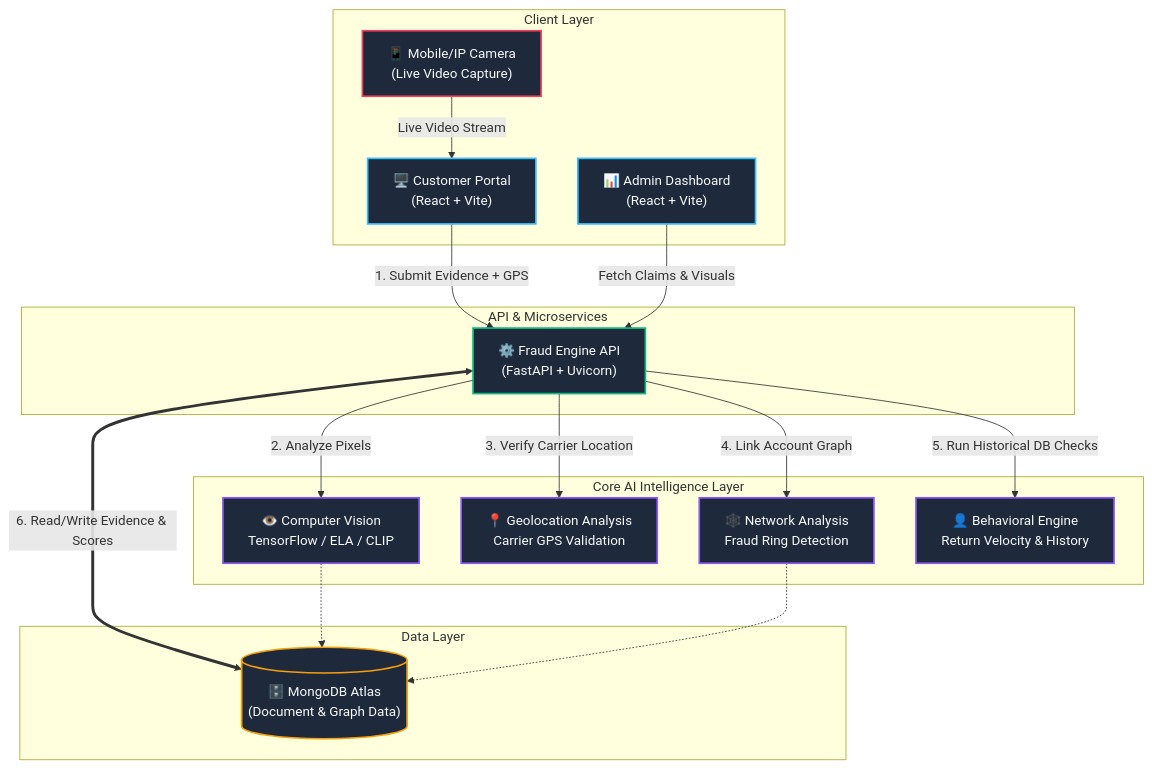
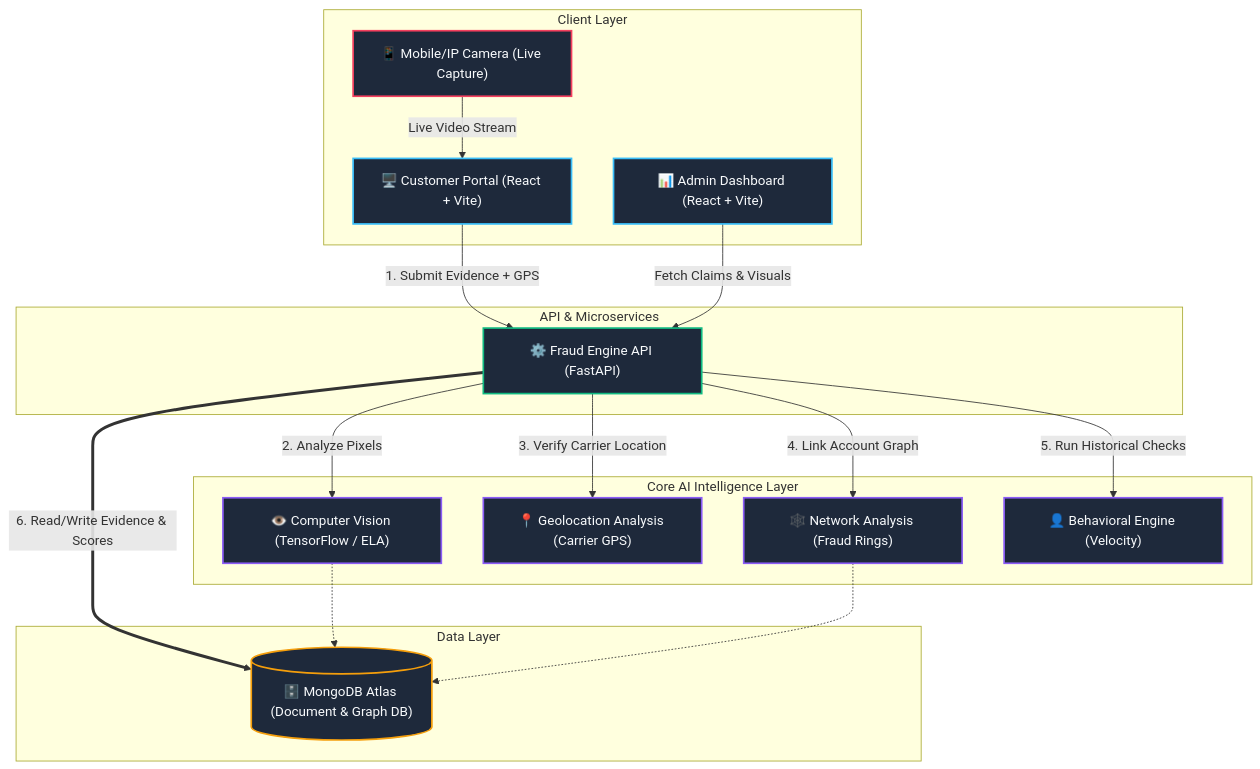
Before and after one commit to Gurumurthys1/hackhustle: the diagram in README.md, drawn with Mermaid.

Commit message:
fix: correct mermaid diagram syntax for github rendering

````diff
--- a/README.md
+++ b/README.md
@@ -13,48 +13,42 @@
 ```mermaid
 graph TD
-    %% Styling
     classDef frontend fill:#1E293B,stroke:#38BDF8,stroke-width:2px,color:#F8FAFC
     classDef backend fill:#1E293B,stroke:#10B981,stroke-width:2px,color:#F8FAFC
     classDef db fill:#1E293B,stroke:#F59E0B,stroke-width:2px,color:#F8FAFC
     classDef ai fill:#1E293B,stroke:#8B5CF6,stroke-width:2px,color:#F8FAFC
     classDef device fill:#1E293B,stroke:#F43F5E,stroke-width:2px,color:#F8FAFC
 
-    %% Client Layer
-    subgraph Client Layer
-        CP["🖥️ Customer Portal<br/>(React + Vite)"]:::frontend
-        AD["📊 Admin Dashboard<br/>(React + Vite)"]:::frontend
-        IPCam["📱 Mobile/IP Camera<br/>(Live Video Capture)"]:::device
+    subgraph Client_Layer [Client Layer]
+        CP["🖥️ Customer Portal (React + Vite)"]:::frontend
+        AD["📊 Admin Dashboard (React + Vite)"]:::frontend
+        IPCam["📱 Mobile/IP Camera (Live Capture)"]:::device
     end
 
-    %% Backend Layer
-    subgraph API & Microservices
-        FE["⚙️ Fraud Engine API<br/>(FastAPI + Uvicorn)"]:::backend
+    subgraph API_Services [API & Microservices]
+        FE["⚙️ Fraud Engine API (FastAPI)"]:::backend
     end
 
-    %% Intelligence Layer
-    subgraph Core AI Intelligence Layer
-        CV["👁️ Computer Vision<br/>TensorFlow / ELA / CLIP"]:::ai
-        GEO["📍 Geolocation Analysis<br/>Carrier GPS Validation"]:::ai
-        GRAPH["🕸️ Network Analysis<br/>Fraud Ring Detection"]:::ai
-        BEHAV["👤 Behavioral Engine<br/>Return Velocity & History"]:::ai
+    subgraph Core_AI [Core AI Intelligence Layer]
+        CV["👁️ Computer Vision (TensorFlow / ELA)"]:::ai
+        GEO["📍 Geolocation Analysis (Carrier GPS)"]:::ai
+        GRAPH["🕸️ Network Analysis (Fraud Rings)"]:::ai
+        BEHAV["👤 Behavioral Engine (Velocity)"]:::ai
     end
 
-    %% Data Layer
-    subgraph Data Layer
-        MONGO[("🗄️ MongoDB Atlas<br/>(Document & Graph Data)")]:::db
+    subgraph Data_Layer [Data Layer]
+        MONGO[("🗄️ MongoDB Atlas (Document & Graph DB)")]:::db
     end
 
-    %% Connections
-    IPCam -- "Live Video Stream" --> CP
-    CP -- "1. Submit Evidence + GPS" --> FE
-    AD -- "Fetch Claims & Visuals" --> FE
+    IPCam -->|"Live Video Stream"| CP
+    CP -->|"1. Submit Evidence + GPS"| FE
+    AD -->|"Fetch Claims & Visuals"| FE
     
-    FE -- "2. Analyze Pixels" --> CV
-    FE -- "3. Verify Carrier Location" --> GEO
-    FE -- "4. Link Account Graph" --> GRAPH
-    FE -- "5. Run Historical DB Checks" --> BEHAV
+    FE -->|"2. Analyze Pixels"| CV
+    FE -->|"3. Verify Carrier Location"| GEO
+    FE -->|"4. Link Account Graph"| GRAPH
+    FE -->|"5. Run Historical Checks"| BEHAV
     
-    FE <== "6. Read/Write Evidence & Scores" ==> MONGO
+    FE == "6. Read/Write Evidence & Scores" ==> MONGO
     CV -.-> MONGO
     GRAPH -.-> MONGO
 ```
````
